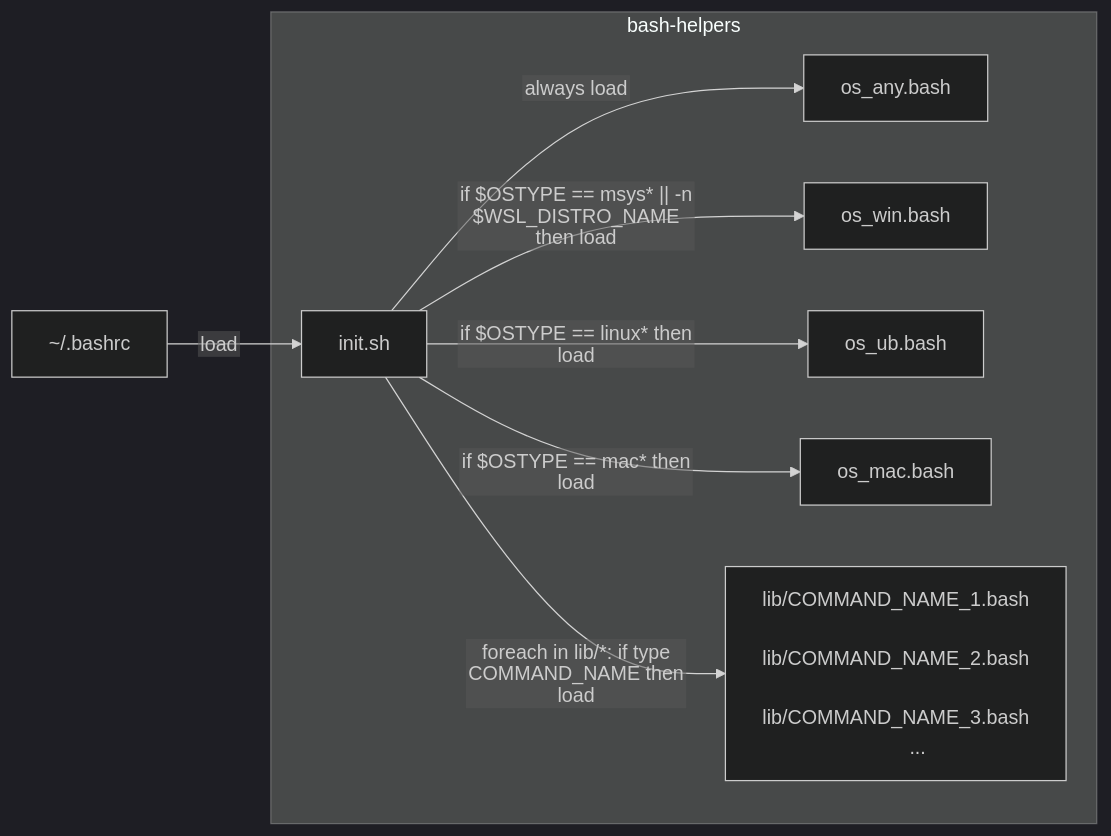
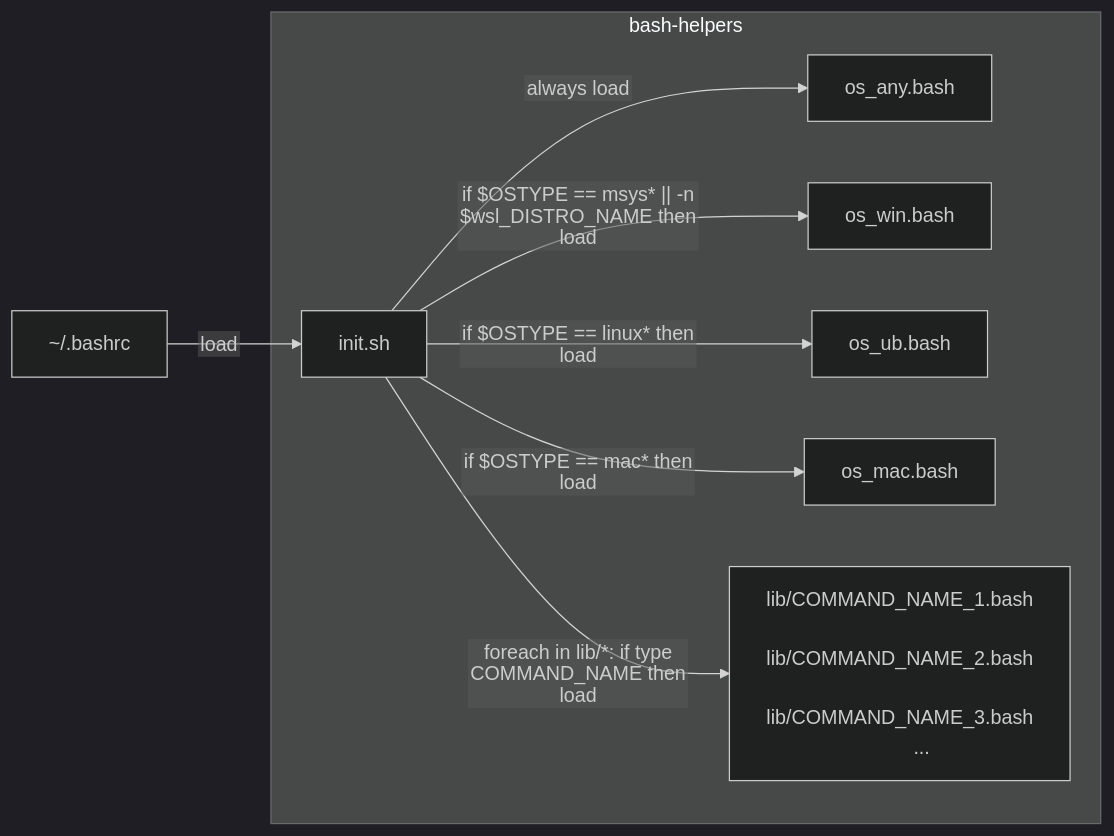
One commit to alanlivio/ps-sh-helpers changed the diagram in README.md. Above: the diagram before and after it, drawn with Mermaid (dark theme). The commit also changed other lines of this file and 1 other file, not shown here.

Commit message:
add msys2_start

````diff
--- a/README.md
+++ b/README.md
@@ -8,24 +8,24 @@
 ```mermaid
 %%{init: {"flowchart": {"htmlLabels": false}} }%%
 flowchart LR
     bashrc["~/.bashrc"]
     subgraph bash-helpers
     init["init.sh"]
     any["os_any.bash"]
     win["os_win.bash"]
     ubu["os_ub.bash"]
     mac["os_mac.bash"]
     command-dependent["
         lib/COMMAND_NAME_1.bash
         lib/COMMAND_NAME_2.bash
         lib/COMMAND_NAME_3.bash
         ...
     "]
     end
     bashrc --> |"load"| init
     init --> |"always load"|any
-    init --> |"if $OSTYPE == msys* || -n $WSL_DISTRO_NAME then load"|win
+    init --> |"if $OSTYPE == msys* || -n $wsl_DISTRO_NAME then load"|win
     init --> |"if $OSTYPE == linux* then load"|ubu
     init --> |"if $OSTYPE == mac* then load"|mac
     init --> |"foreach in lib/*: if type COMMAND_NAME then load"|command-dependent
 ```
````
